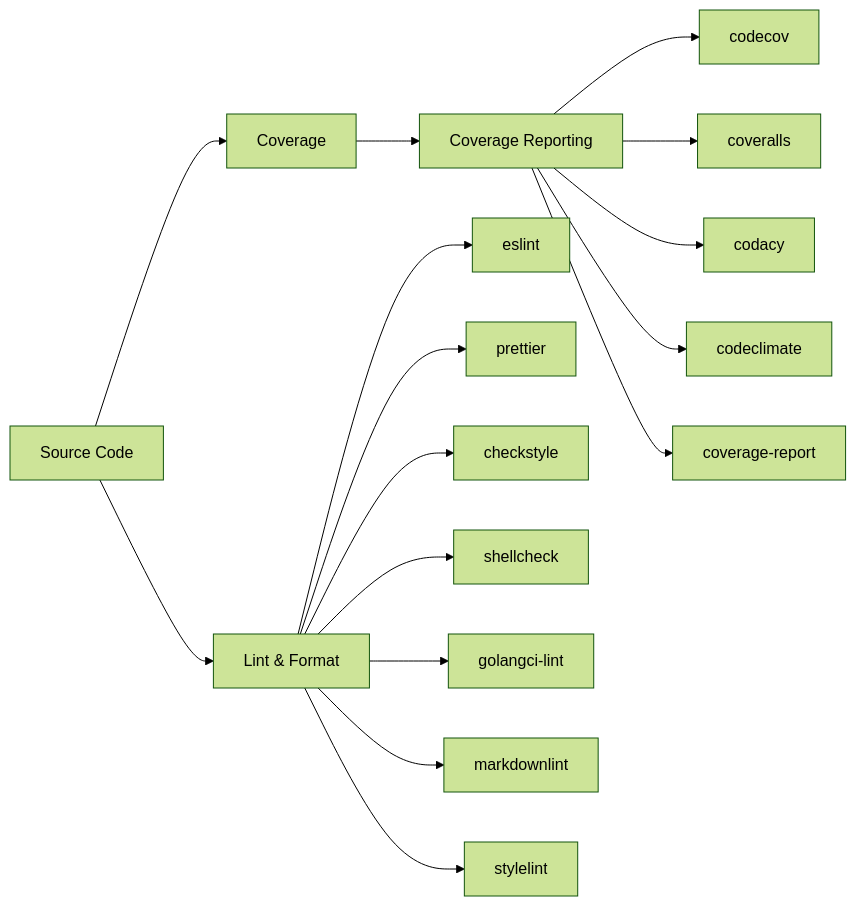
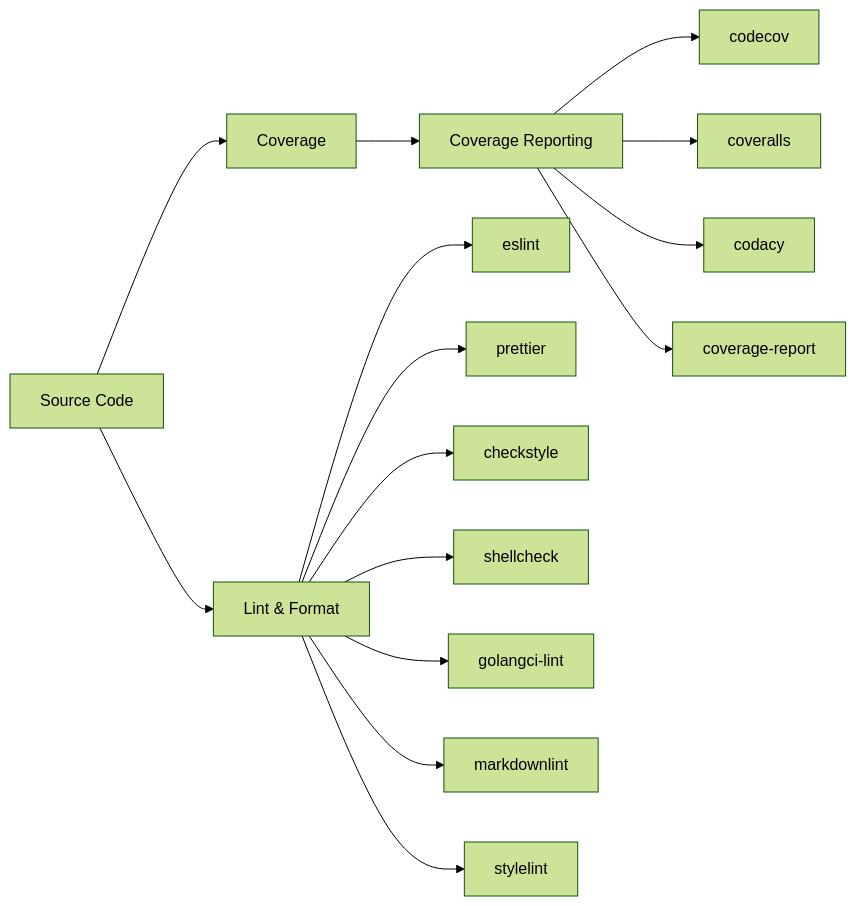
Before and after one commit to mwashburn160/pipeline-builder: the diagram in docs/plugins/quality.md, drawn with Mermaid (forest theme). The commit also changed other lines of this file and 6 other files, not shown here.

````diff
--- a/docs/plugins/quality.md
+++ b/docs/plugins/quality.md
@@ -5,9 +5,9 @@
 ```mermaid
 flowchart LR
     Code[Source Code] --> LintFmt[Lint & Format]
     Code --> Cov[Coverage]
     Cov --> Report[Coverage Reporting]
 
     LintFmt --> eslint & prettier & checkstyle & shellcheck & golangci-lint & markdownlint & stylelint
-    Report --> codecov & coveralls & codacy & codeclimate & coverage-report
+    Report --> codecov & coveralls & codacy & coverage-report
 ```
````
